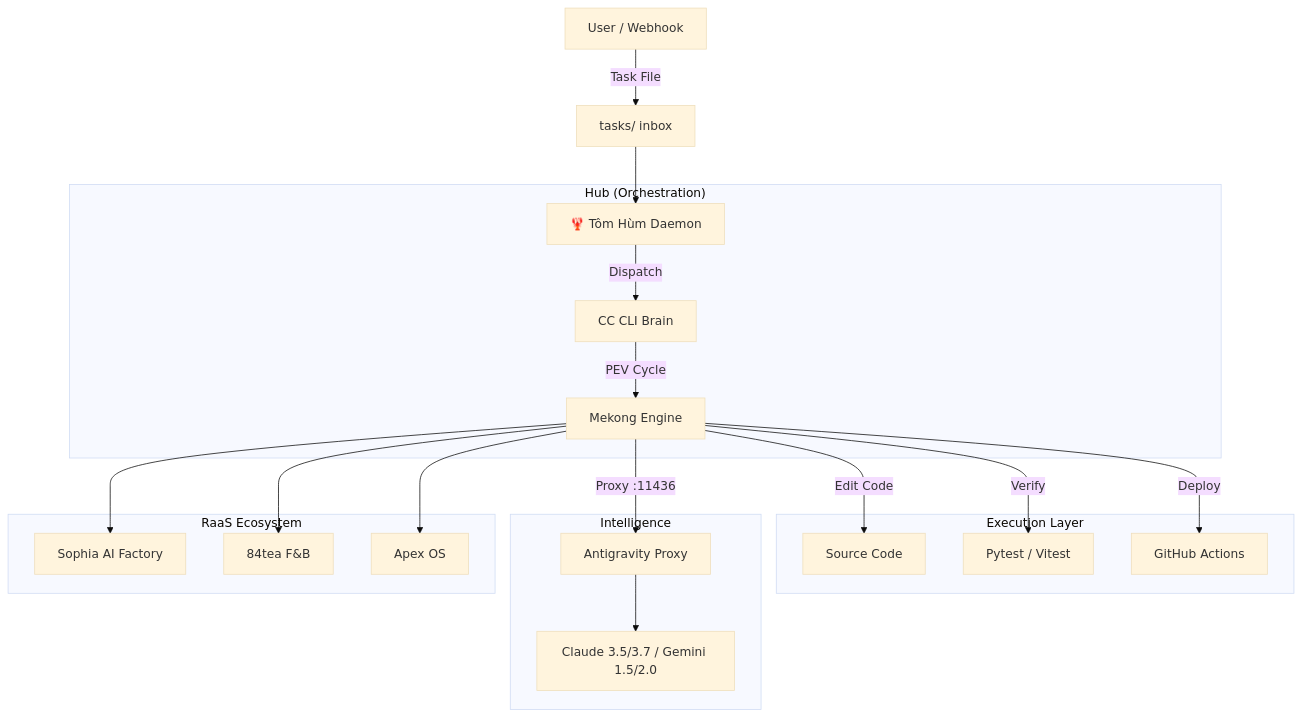
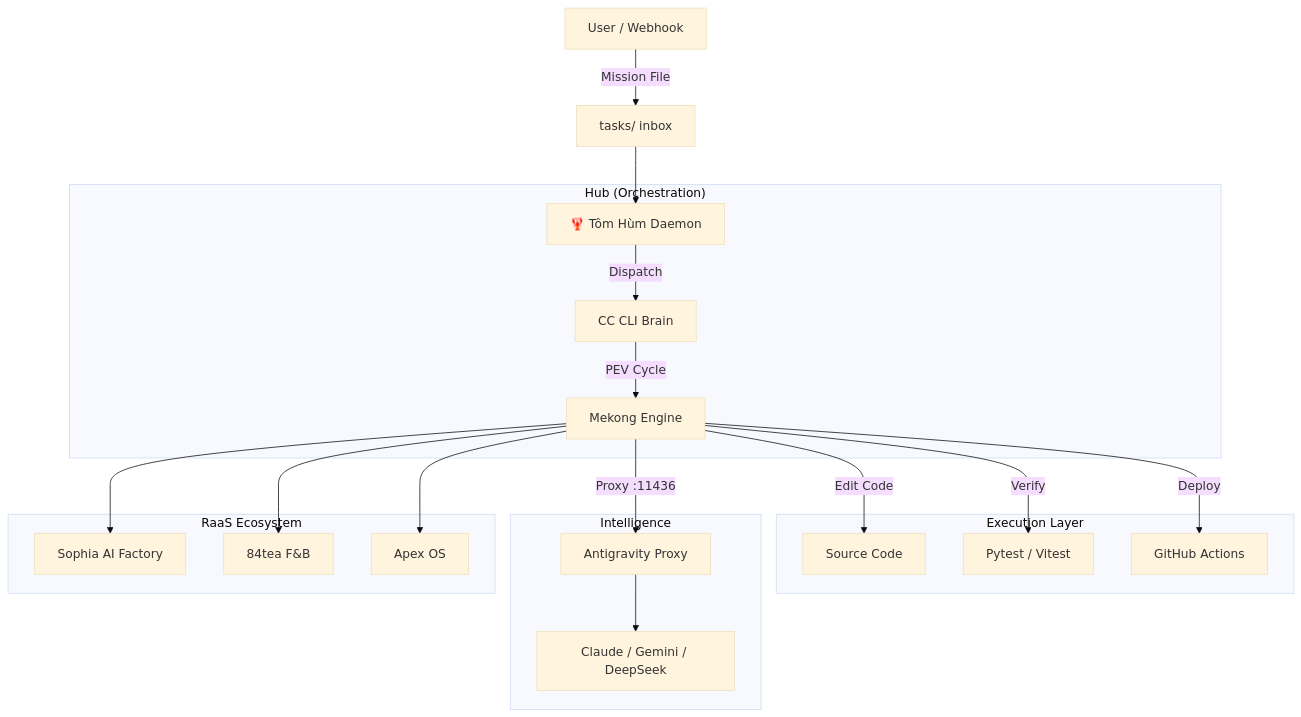
The diagram in README.md (huuthongdongthap/mekong-cli), drawn with Mermaid (base theme) before and after one commit. The commit also changed other lines of this file and 258 other files, not shown here.

````diff
--- a/README.md
+++ b/README.md
@@ -52,27 +50,27 @@
 ```mermaid
 graph TD
-    User[User / Webhook] -->|Task File| Inbox[tasks/ inbox]
+    User[User / Webhook] -->|Mission File| Inbox[tasks/ inbox]
     Inbox --> TomHum[🦞 Tôm Hùm Daemon]
 
     subgraph "Hub (Orchestration)"
         TomHum -->|Dispatch| Brain[CC CLI Brain]
         Brain -->|PEV Cycle| Engine[Mekong Engine]
     end
 
     subgraph "Execution Layer"
         Engine -->|Edit Code| Files[Source Code]
         Engine -->|Verify| Test[Pytest / Vitest]
         Engine -->|Deploy| CI[GitHub Actions]
     end
 
     subgraph "Intelligence"
         Engine -->|Proxy :11436| Antigravity[Antigravity Proxy]
-        Antigravity --> Models[Claude 3.5/3.7 / Gemini 1.5/2.0]
+        Antigravity --> Models[Claude / Gemini / DeepSeek]
     end
 
     subgraph "RaaS Ecosystem"
         Engine --> App1[Sophia AI Factory]
         Engine --> App2[84tea F&B]
         Engine --> App3[Apex OS]
     end
 ```
````
